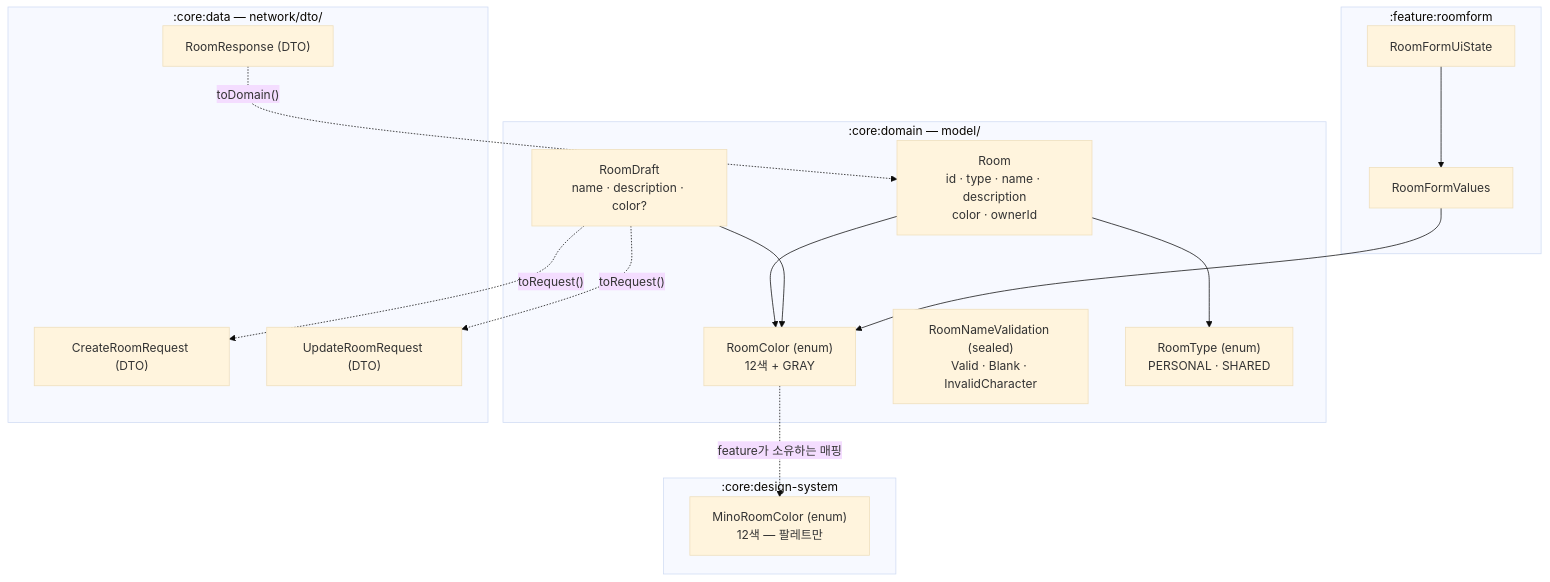
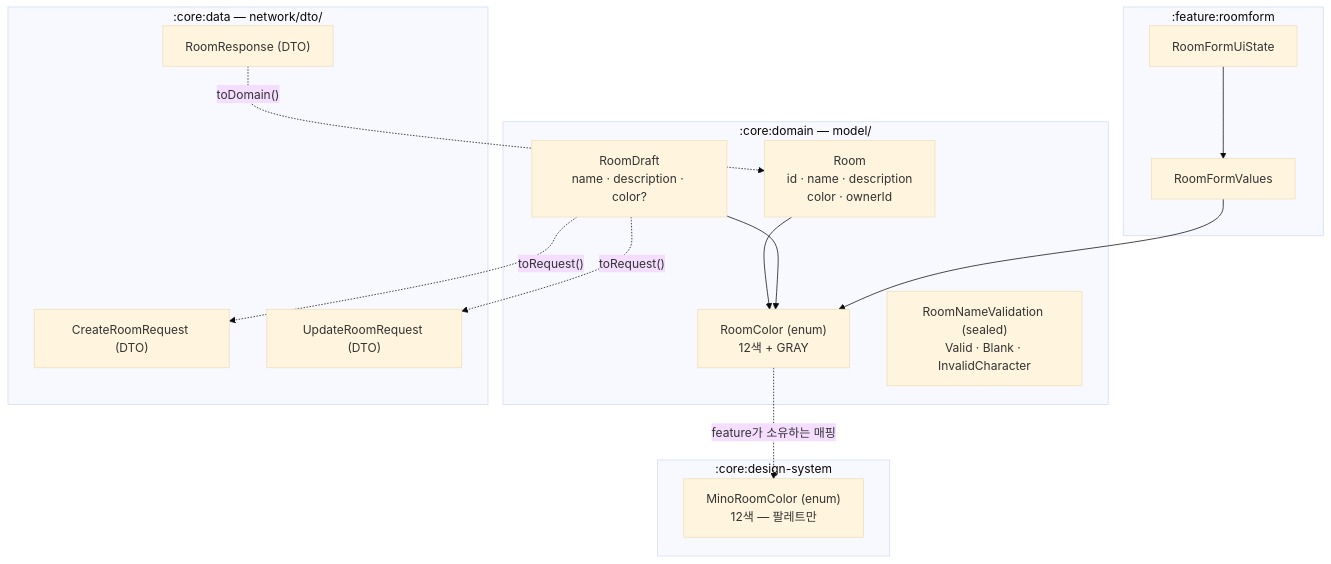
Before and after one commit to mash-up-kr/Team-MINO-Android: the first of 2 diagrams in docs/specs/group-room-form/data-model.md, drawn with Mermaid (base theme). The commit also changed other lines of this file and 9 other files, not shown here.

````diff
--- a/docs/specs/group-room-form/data-model.md
+++ b/docs/specs/group-room-form/data-model.md
@@ -13,32 +13,30 @@
 ```mermaid
 flowchart TD
     subgraph domain[":core:domain — model/"]
-        Room["Room<br/>id · type · name · description<br/>color · ownerId"]
+        Room["Room<br/>id · name · description<br/>color · ownerId"]
         RoomColor["RoomColor (enum)<br/>12색 + GRAY"]
         RoomDraft["RoomDraft<br/>name · description · color?"]
         RoomNameValidation["RoomNameValidation (sealed)<br/>Valid · Blank · InvalidCharacter"]
-        RoomType["RoomType (enum)<br/>PERSONAL · SHARED"]
     end
     subgraph data[":core:data — network/dto/"]
         RoomResponse["RoomResponse (DTO)"]
         CreateRoomRequest["CreateRoomRequest (DTO)"]
         UpdateRoomRequest["UpdateRoomRequest (DTO)"]
     end
     subgraph ds[":core:design-system"]
         MinoRoomColor["MinoRoomColor (enum)<br/>12색 — 팔레트만"]
     end
     subgraph feature[":feature:roomform"]
         UiState["RoomFormUiState"]
         RoomFormValues["RoomFormValues"]
     end
 
     Room --> RoomColor
-    Room --> RoomType
     RoomDraft --> RoomColor
     RoomResponse -. "toDomain()" .-> Room
     RoomDraft -. "toRequest()" .-> CreateRoomRequest
     RoomDraft -. "toRequest()" .-> UpdateRoomRequest
     UiState --> RoomFormValues
     RoomFormValues --> RoomColor
     RoomColor -. "feature가 소유하는 매핑" .-> MinoRoomColor
 ```
````
